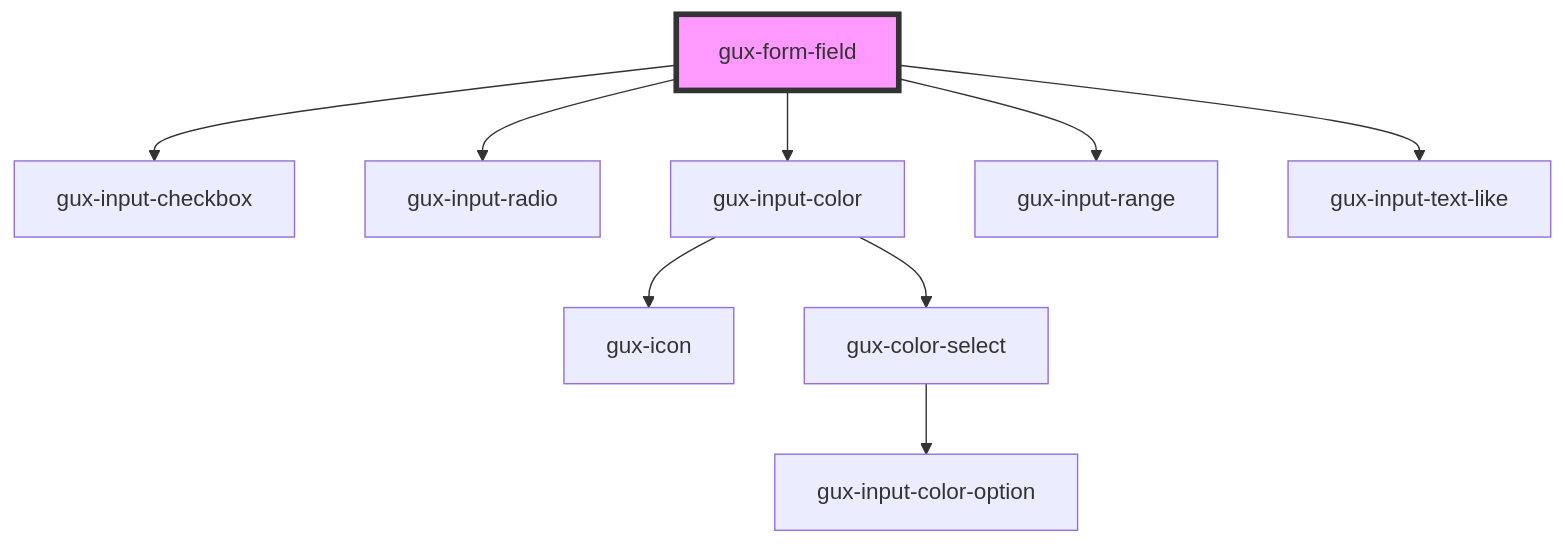
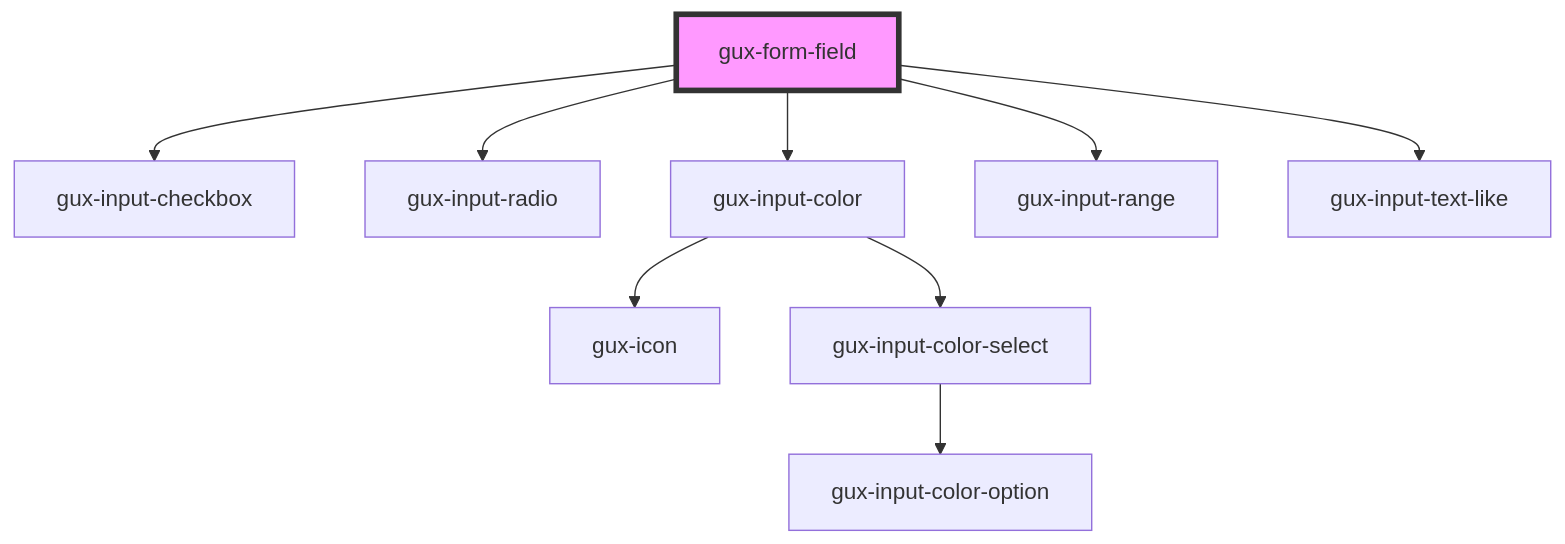
The diagram in src/components/stable/gux-form-field/readme.md (MyPureCloud/genesys-webcomponents), drawn with Mermaid before and after one commit. The commit also changed 18 other files, not shown here.

````diff
--- a/src/components/stable/gux-form-field/readme.md
+++ b/src/components/stable/gux-form-field/readme.md
@@ -27,12 +27,12 @@
 ```mermaid
 graph TD;
   gux-form-field --> gux-input-checkbox
   gux-form-field --> gux-input-radio
   gux-form-field --> gux-input-color
   gux-form-field --> gux-input-range
   gux-form-field --> gux-input-text-like
   gux-input-color --> gux-icon
-  gux-input-color --> gux-color-select
-  gux-color-select --> gux-input-color-option
+  gux-input-color --> gux-input-color-select
+  gux-input-color-select --> gux-input-color-option
   style gux-form-field fill:#f9f,stroke:#333,stroke-width:4px
 ```
````
